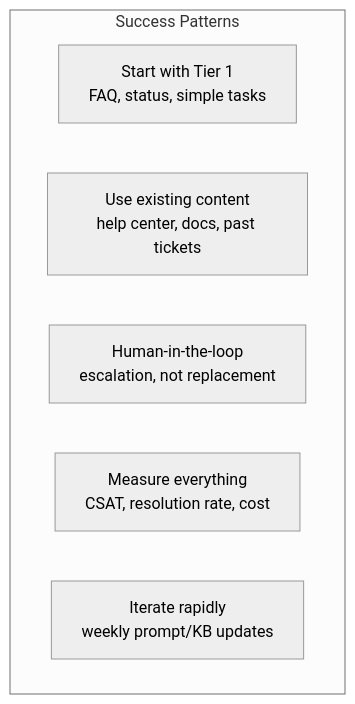
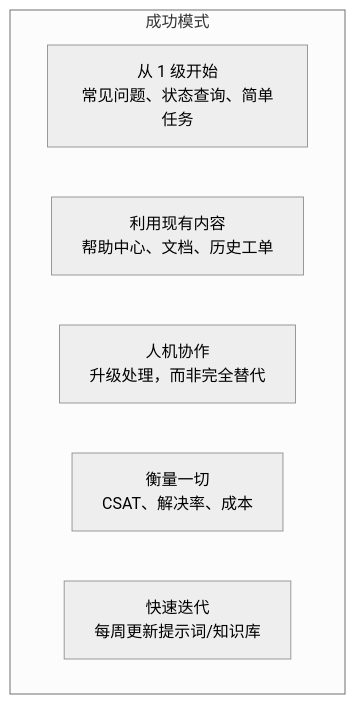
Before and after one commit to stars-labs/ai-driven-customer-service: the third of 3 diagrams in i18n/zh/docusaurus-plugin-content-docs/current/05-case-studies.md, drawn with Mermaid (neutral theme). The commit also changed other lines of this file and 15 other files, not shown here.

````diff
--- a/i18n/zh/docusaurus-plugin-content-docs/current/05-case-studies.md
+++ b/i18n/zh/docusaurus-plugin-content-docs/current/05-case-studies.md
@@ -172,10 +172,10 @@
 ```mermaid
 flowchart TB
-    subgraph Success["Success Patterns"]
-        S1[Start with Tier 1<br/>FAQ, status, simple tasks]
-        S2[Use existing content<br/>help center, docs, past tickets]
-        S3[Human-in-the-loop<br/>escalation, not replacement]
-        S4[Measure everything<br/>CSAT, resolution rate, cost]
-        S5[Iterate rapidly<br/>weekly prompt/KB updates]
+    subgraph Success["成功模式"]
+        S1[从 1 级开始<br/>常见问题、状态查询、简单任务]
+        S2[利用现有内容<br/>帮助中心、文档、历史工单]
+        S3[人机协作<br/>升级处理，而非完全替代]
+        S4[衡量一切<br/>CSAT、解决率、成本]
+        S5[快速迭代<br/>每周更新提示词/知识库]
     end
 ```
````
